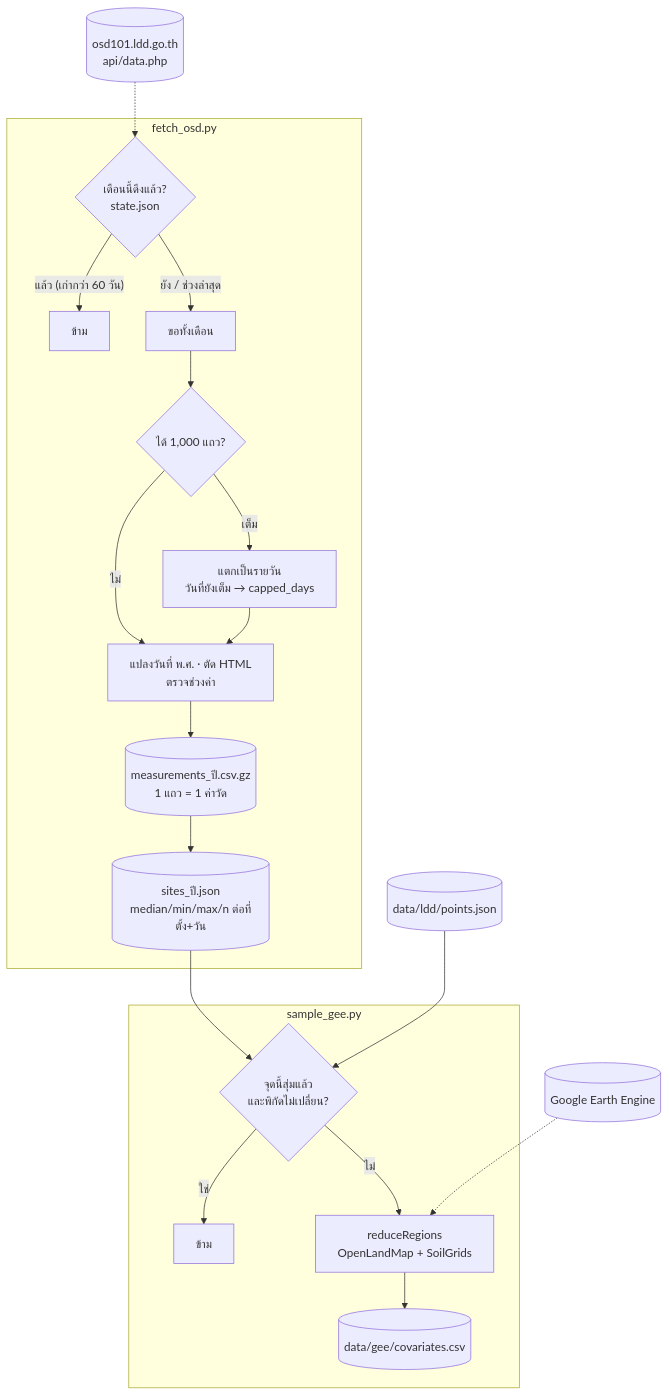
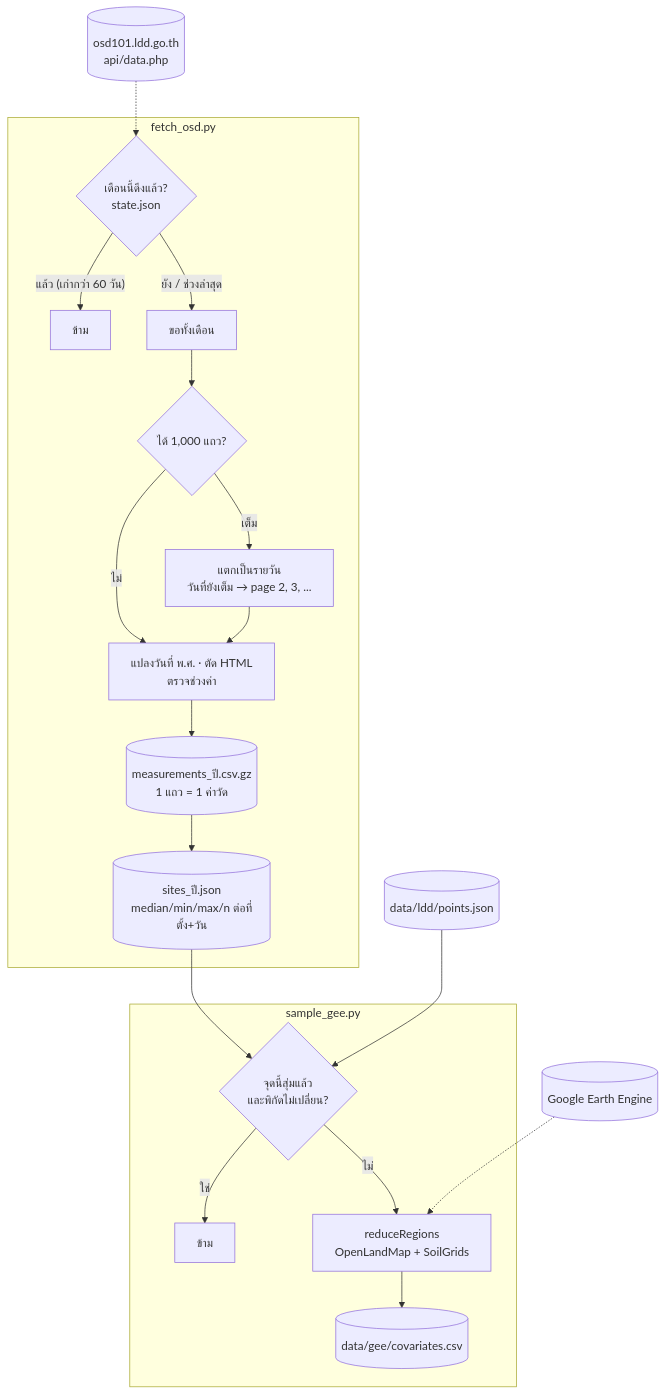
One commit to Navavit/sisoil changed the second of 3 diagrams in docs/architecture.md. Above: the diagram before and after it, drawn with Mermaid. The commit also changed 36 other files, not shown here.

````diff
--- a/docs/architecture.md
+++ b/docs/architecture.md
@@ -42,22 +42,22 @@
 ```mermaid
 flowchart TD
     OSD[("osd101.ldd.go.th<br/>api/data.php")] -.-> M1
     subgraph OSDF["fetch_osd.py"]
         M1{เดือนนี้ดึงแล้ว?<br/>state.json} -- "แล้ว (เก่ากว่า 60 วัน)" --> SKIP2[ข้าม]
         M1 -- "ยัง / ช่วงล่าสุด" --> M2[ขอทั้งเดือน]
         M2 --> M3{ได้ 1,000 แถว?}
         M3 -- "ไม่" --> M5
-        M3 -- "เต็ม" --> M4[แตกเป็นรายวัน<br/>วันที่ยังเต็ม → capped_days]
+        M3 -- "เต็ม" --> M4[แตกเป็นรายวัน<br/>วันที่ยังเต็ม → page 2, 3, ...]
         M4 --> M5[แปลงวันที่ พ.ศ. · ตัด HTML<br/>ตรวจช่วงค่า]
         M5 --> M6[(measurements_ปี.csv.gz<br/>1 แถว = 1 ค่าวัด)]
         M6 --> M7[(sites_ปี.json<br/>median/min/max/n ต่อที่ตั้ง+วัน)]
     end
     subgraph GEEF["sample_gee.py"]
         G1{จุดนี้สุ่มแล้ว<br/>และพิกัดไม่เปลี่ยน?} -- "ใช่" --> SKIP3[ข้าม]
         G1 -- "ไม่" --> G2[reduceRegions<br/>OpenLandMap + SoilGrids]
         G2 --> G3[(data/gee/covariates.csv)]
     end
     M7 --> G1
     LDDP[(data/ldd/points.json)] --> G1
     GEE[("Google Earth Engine")] -.-> G2
 ```
````
